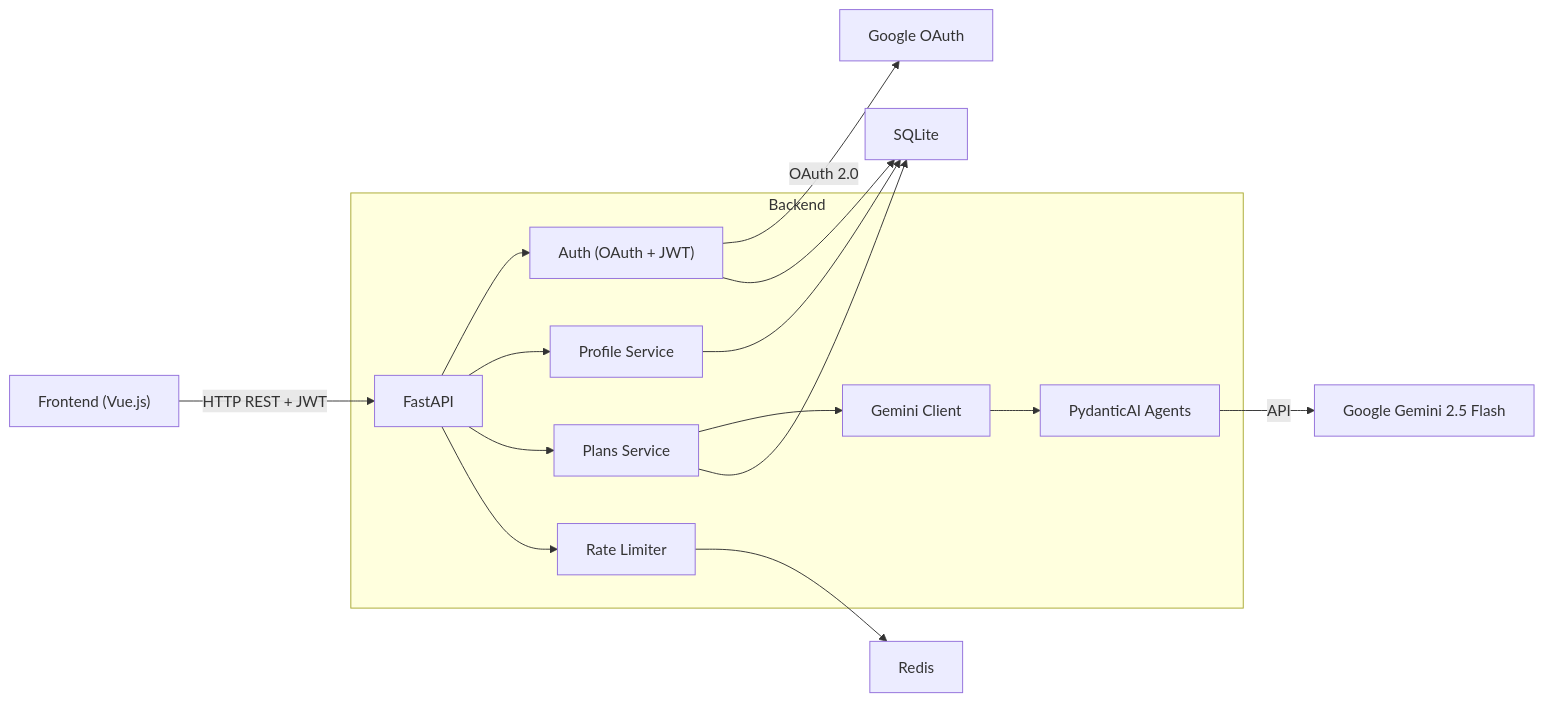
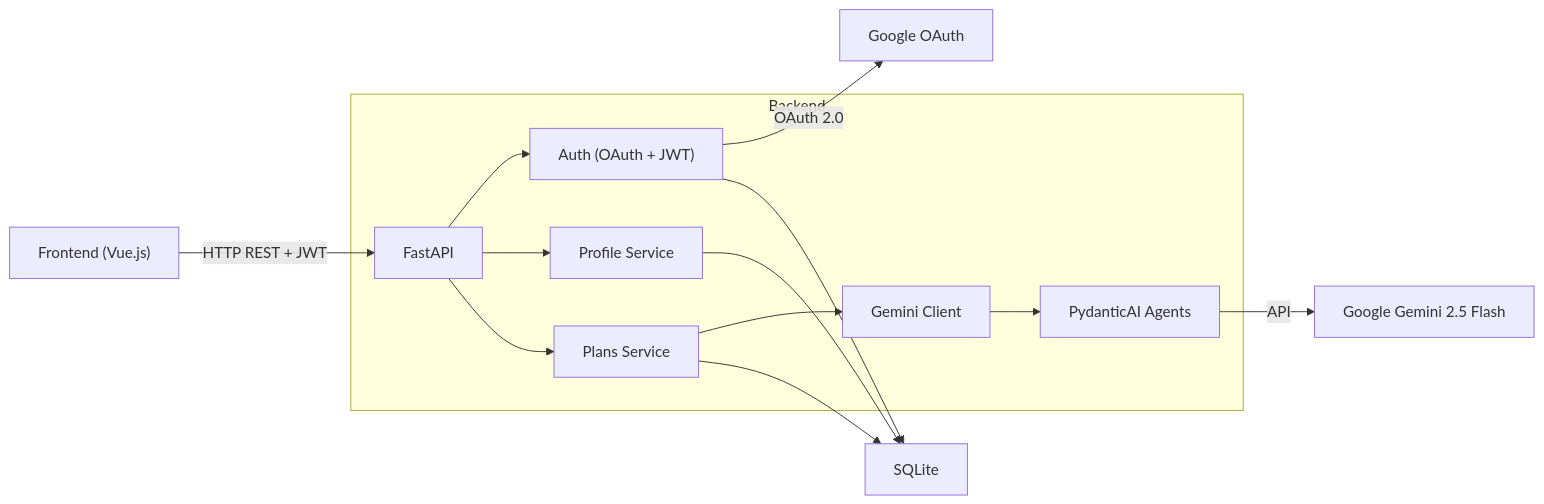
Before and after one commit to IA-para-DEVs-SD/grupo-6-mentoria: the diagram in backend/docs/ARCHITECTURE.md, drawn with Mermaid. The commit also changed other lines of this file and 10 other files, not shown here.

````diff
--- a/backend/docs/ARCHITECTURE.md
+++ b/backend/docs/ARCHITECTURE.md
@@ -105,20 +104,18 @@
 ```mermaid
 graph LR
     Frontend["Frontend (Vue.js)"] -->|HTTP REST + JWT| FastAPI
 
     subgraph Backend
         FastAPI["FastAPI"] --> AuthModule["Auth (OAuth + JWT)"]
         FastAPI --> ProfileModule["Profile Service"]
         FastAPI --> PlansModule["Plans Service"]
-        FastAPI --> RateLimiter["Rate Limiter"]
         PlansModule --> GeminiClient["Gemini Client"]
         GeminiClient --> Agents["PydanticAI Agents"]
     end
 
     AuthModule -->|OAuth 2.0| Google["Google OAuth"]
     Agents -->|API| Gemini["Google Gemini 2.5 Flash"]
-    RateLimiter --> Redis["Redis"]
     ProfileModule --> SQLite["SQLite"]
     PlansModule --> SQLite
     AuthModule --> SQLite
 ```
````
